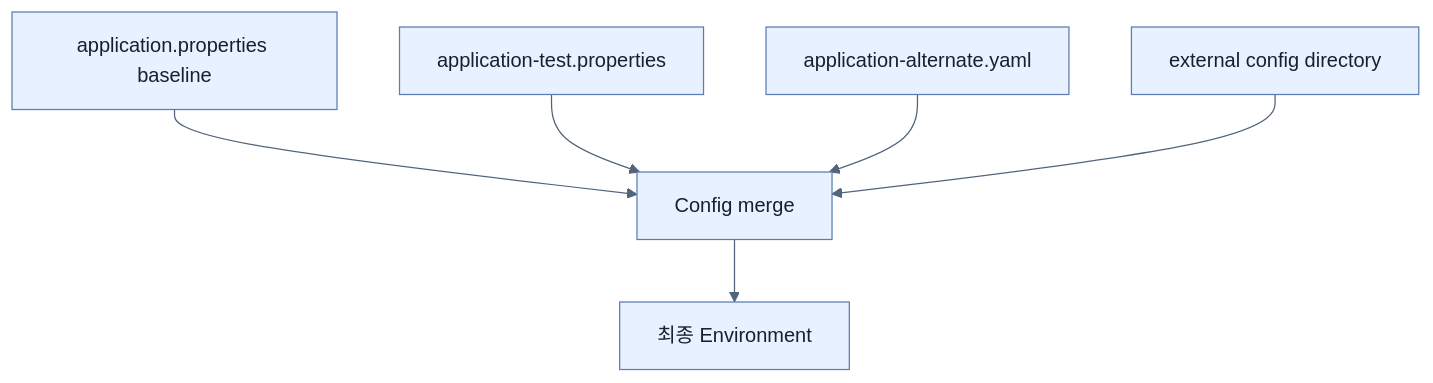
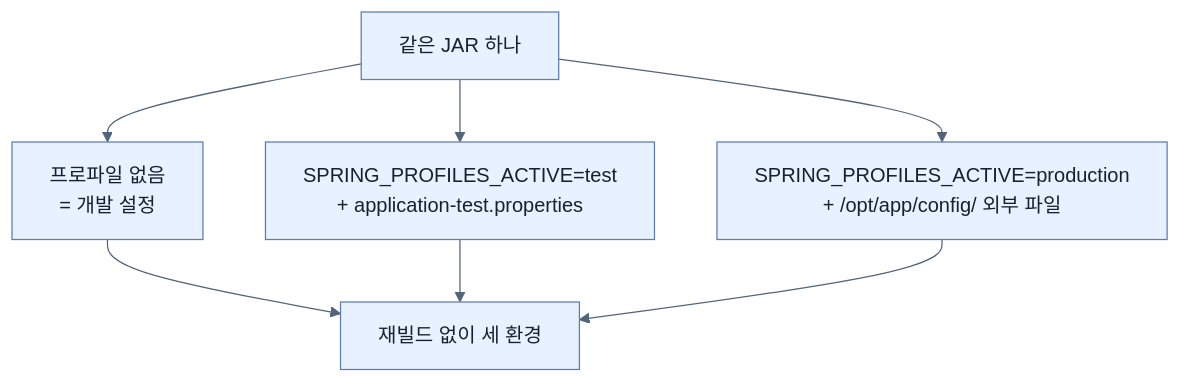
The second of 2 diagrams in spring-boot-4-pdf-notes/part-3-releasing-an-application-with-spring-boot/chapter-6-configuring-an-application-with-spring-boot/02-creating-profile-based-property-files.md (sing-u8/Learning_Spring_Boot_4), drawn with Mermaid before and after one commit. The commit also changed other lines of this file and 253 other files, not shown here.

````diff
--- a/spring-boot-4-pdf-notes/part-3-releasing-an-application-with-spring-boot/chapter-6-configuring-an-application-with-spring-boot/02-creating-profile-based-property-files.md
+++ b/spring-boot-4-pdf-notes/part-3-releasing-an-application-with-spring-boot/chapter-6-configuring-an-application-with-spring-boot/02-creating-profile-based-property-files.md
@@ -28,9 +167,10 @@
 ```mermaid
 %%{init: {'theme': 'base', 'themeVariables': {'background': '#ffffff', 'primaryColor': '#e8f1ff', 'primaryTextColor': '#172033', 'primaryBorderColor': '#5b7db1', 'lineColor': '#52647a', 'secondaryColor': '#f7fbff', 'tertiaryColor': '#fff7df'}}}%%
 flowchart TD
-    B[application.properties baseline] --> M[Config merge]
-    T[application-test.properties] --> M
-    A[application-alternate.yaml] --> M
-    E[external config directory] --> M
-    M --> F[최종 Environment]
+    J["같은 JAR 하나"] --> D["프로파일 없음<br/>= 개발 설정"]
+    J --> T["SPRING_PROFILES_ACTIVE=test<br/>+ application-test.properties"]
+    J --> P["SPRING_PROFILES_ACTIVE=production<br/>+ /opt/app/config/ 외부 파일"]
+    D --> R["재빌드 없이 세 환경"]
+    T --> R
+    P --> R
 ```
````
